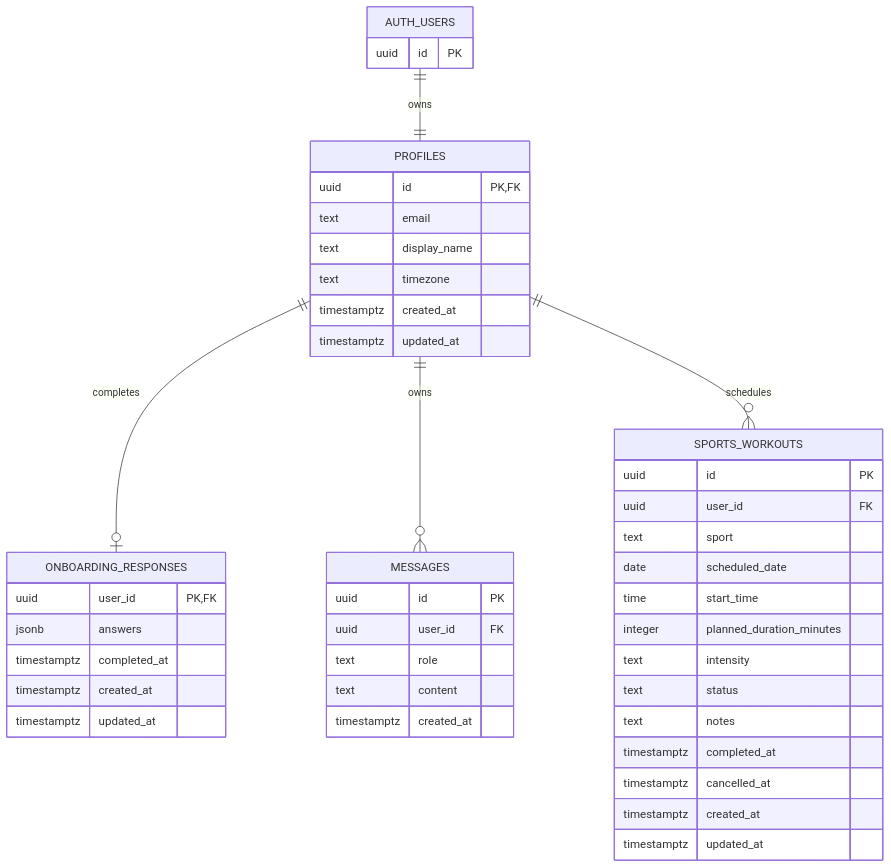
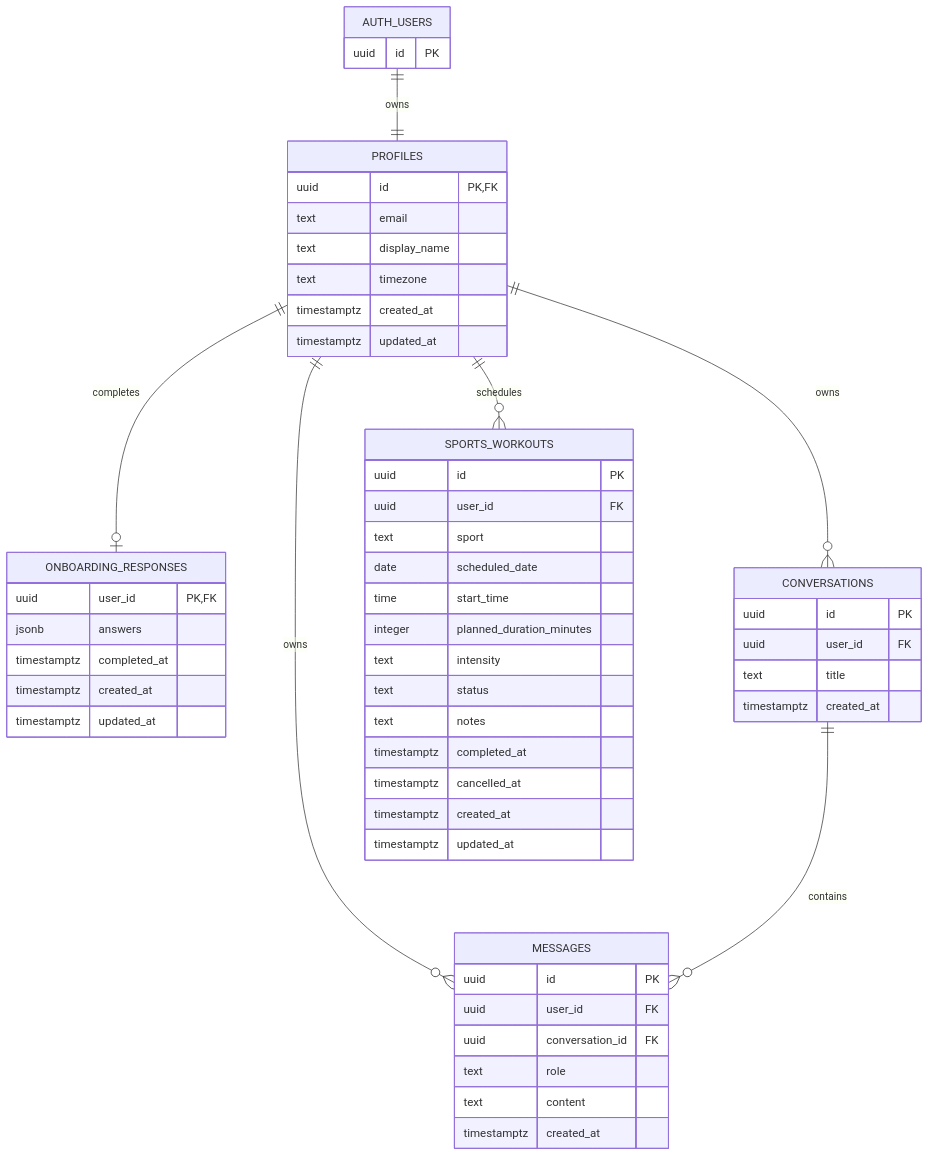
Before and after one commit to xurichard19/strength-and-conditioning-rag: the fourth of 7 diagrams in README.md, drawn with Mermaid. The commit also changed 19 other files, not shown here.

````diff
--- a/README.md
+++ b/README.md
@@ -61,54 +61,64 @@
 ```mermaid
 erDiagram
     direction TB
 
     AUTH_USERS ||--|| PROFILES : owns
     PROFILES ||--o| ONBOARDING_RESPONSES : completes
     PROFILES ||--o{ MESSAGES : owns
+    PROFILES ||--o{ CONVERSATIONS : owns
+    CONVERSATIONS ||--o{ MESSAGES : contains
     PROFILES ||--o{ SPORTS_WORKOUTS : schedules
 
     AUTH_USERS {
         uuid id PK
     }
 
     PROFILES {
         uuid id PK,FK
         text email
         text display_name
         text timezone
         timestamptz created_at
         timestamptz updated_at
     }
 
     ONBOARDING_RESPONSES {
         uuid user_id PK,FK
         jsonb answers
         timestamptz completed_at
         timestamptz created_at
         timestamptz updated_at
     }
 
+    CONVERSATIONS {
+        uuid id PK
+        uuid user_id FK
+        text title
+        timestamptz created_at
+    }
+
     MESSAGES {
         uuid id PK
         uuid user_id FK
+        uuid conversation_id FK
         text role
         text content
         timestamptz created_at
     }
 
     SPORTS_WORKOUTS {
         uuid id PK
         uuid user_id FK
         text sport
         date scheduled_date
         time start_time
         integer planned_duration_minutes
         text intensity
         text status
         text notes
         timestamptz completed_at
         timestamptz cancelled_at
         timestamptz created_at
         timestamptz updated_at
     }
 ```
````
